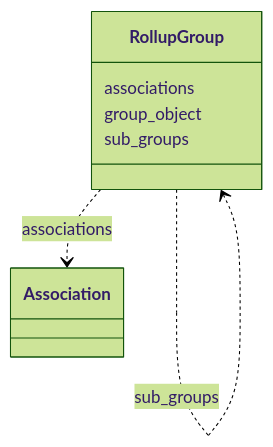
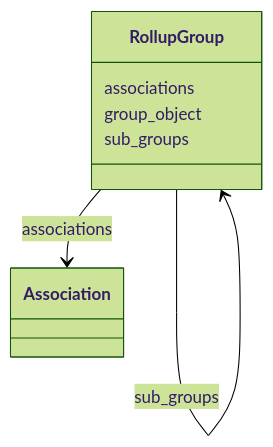
Before and after one commit to dalito/ontology-access-kit: the diagram in association/RollupGroup.md, drawn with Mermaid (forest theme). The commit also changed other lines of this file and 3370 other files, not shown here.

````diff
--- a/association/RollupGroup.md
+++ b/association/RollupGroup.md
@@ -9,15 +10,15 @@
 ```{mermaid}
  classDiagram
     class RollupGroup
       RollupGroup : associations
         
-          RollupGroup ..> Association : associations
+          RollupGroup --> Association : associations
         
       RollupGroup : group_object
         
       RollupGroup : sub_groups
         
-          RollupGroup ..> RollupGroup : sub_groups
+          RollupGroup --> RollupGroup : sub_groups
         
       
 ```
````
